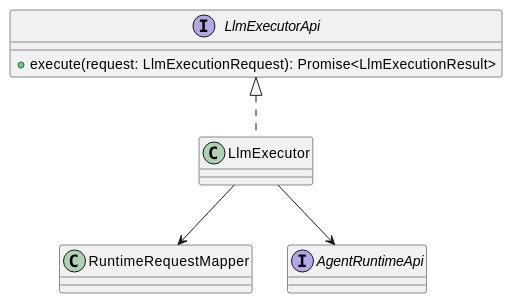
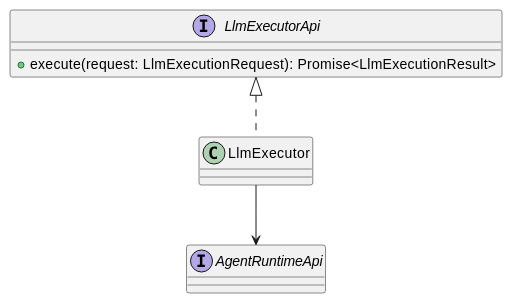
One commit to lucky-chen/ai_workflow_travel changed the first of 4 diagrams in project_layer/docs/breakdown_docs/llm_capability_design.md. Above: the diagram before and after it, drawn with PlantUML. The commit also changed other lines of this file and 16 other files, not shown here.

````diff
--- a/project_layer/docs/breakdown_docs/llm_capability_design.md
+++ b/project_layer/docs/breakdown_docs/llm_capability_design.md
@@ -47,15 +45,13 @@
 ```plantuml
 @startuml
 interface LlmExecutorApi {
   +execute(request: LlmExecutionRequest): Promise<LlmExecutionResult>
 }
 
 class LlmExecutor
-class RuntimeRequestMapper
 interface AgentRuntimeApi
 
 LlmExecutorApi <|.. LlmExecutor
-LlmExecutor --> RuntimeRequestMapper
 LlmExecutor --> AgentRuntimeApi
 @enduml
 ```
````
